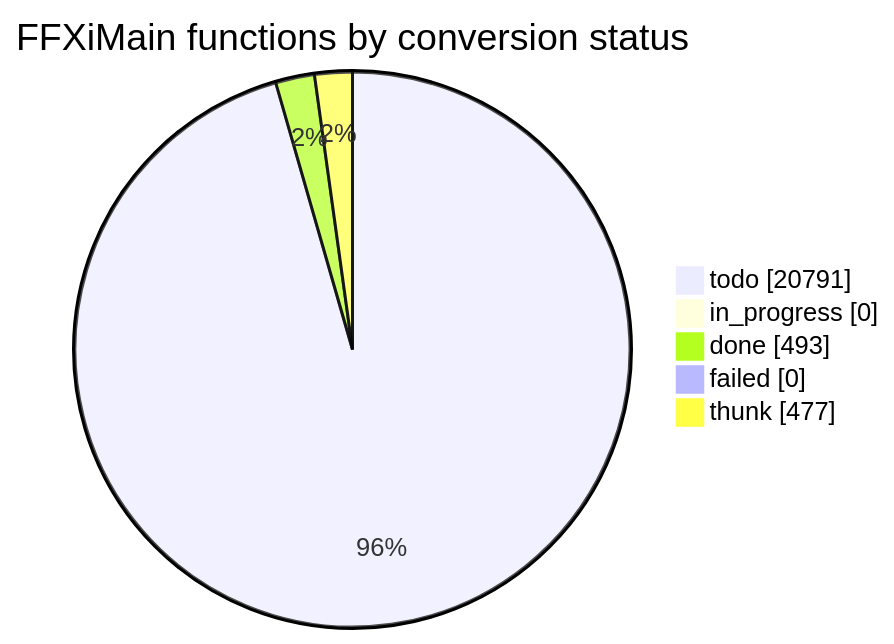
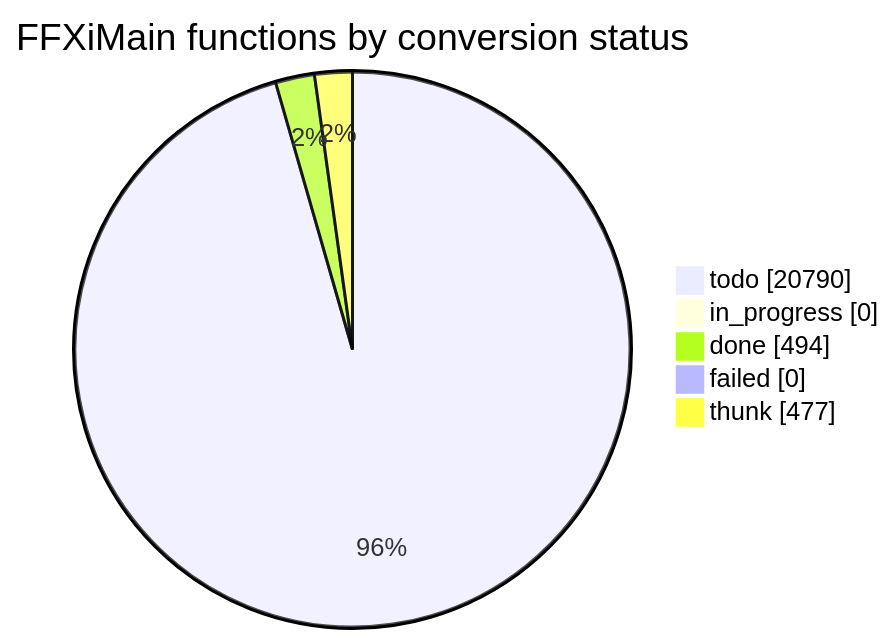
Before and after one commit to cowrevenge/cow_kuluu_xi_anything: the diagram in docs/cow/STATUS.md, drawn with Mermaid. The commit also changed other lines of this file and 9 other files, not shown here.

````diff
--- a/docs/cow/STATUS.md
+++ b/docs/cow/STATUS.md
@@ -18,9 +18,9 @@
 ```mermaid
 pie showData
     title FFXiMain functions by conversion status
-    "todo" : 20791
+    "todo" : 20790
     "in_progress" : 0
-    "done" : 493
+    "done" : 494
     "failed" : 0
     "thunk" : 477
 ```
````
